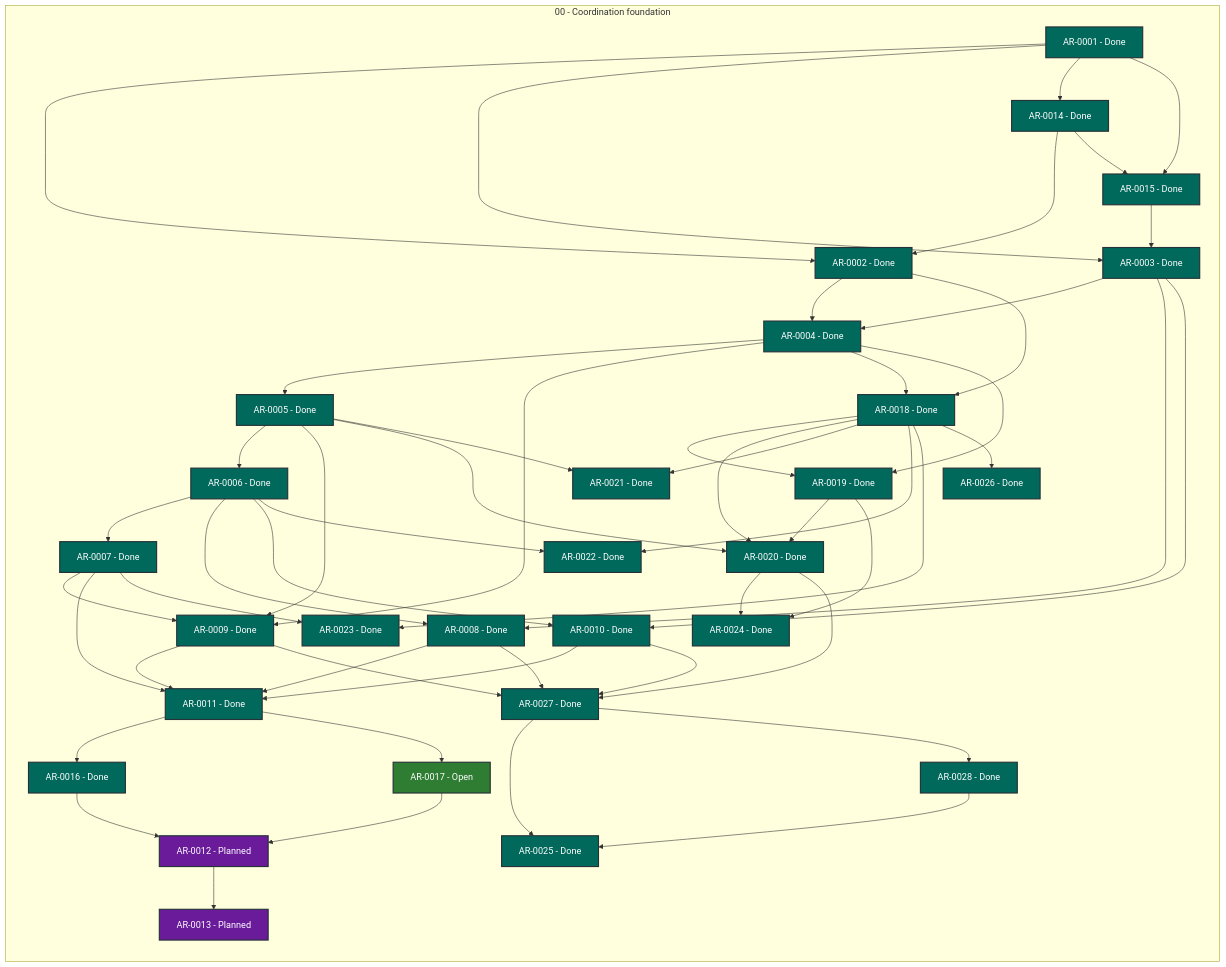
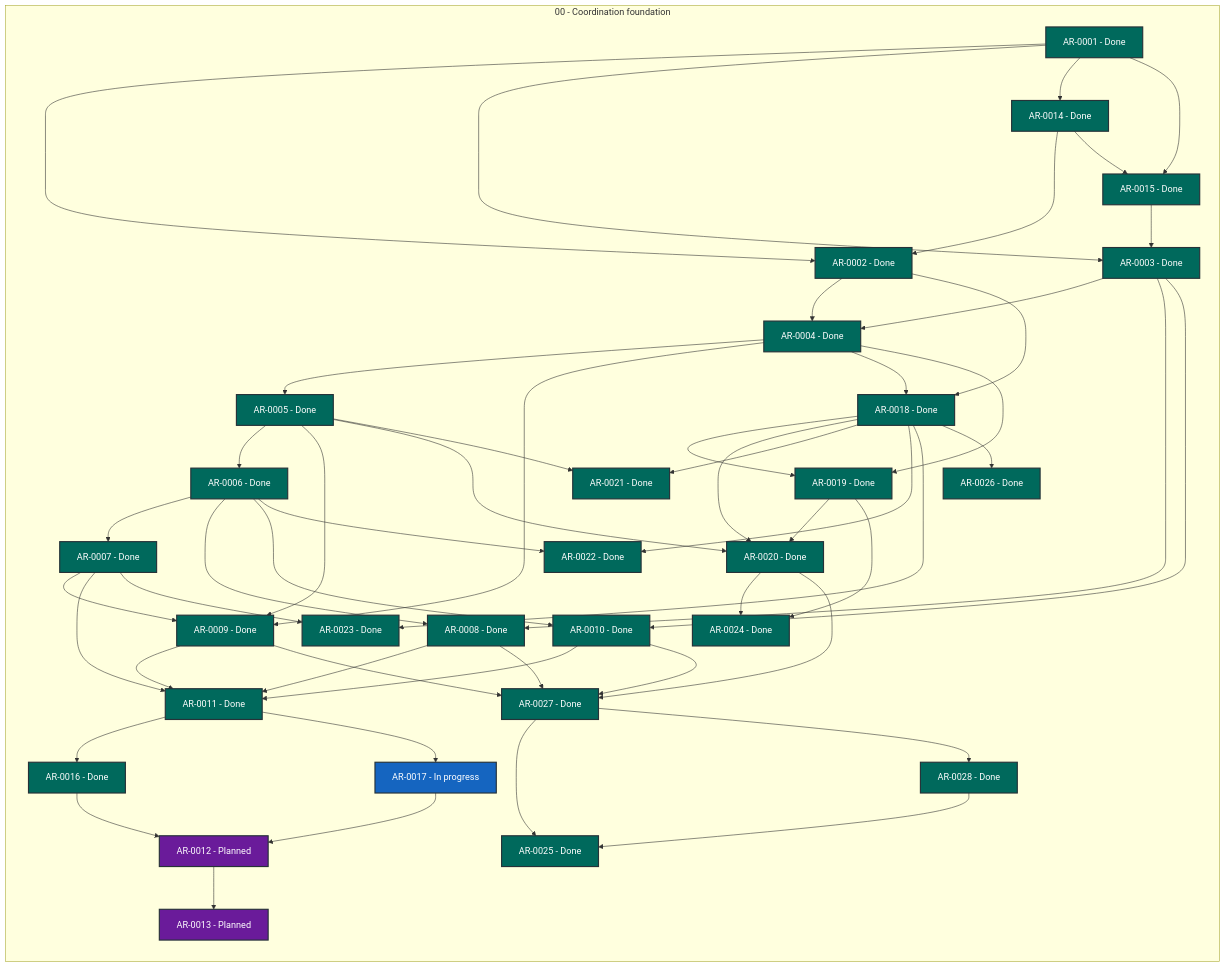
One commit to martin-beck/agent-workflow-tui-state changed the diagram in STATUS.md. Above: the diagram before and after it, drawn with Mermaid. The commit also changed other lines of this file and 2 other files, not shown here.

```diff
--- a/STATUS.md
+++ b/STATUS.md
@@ -44,7 +44,7 @@
         AR_0014["AR-0014 - Done"]:::status_done
         AR_0015["AR-0015 - Done"]:::status_done
         AR_0016["AR-0016 - Done"]:::status_done
-        AR_0017["AR-0017 - Open"]:::status_open
+        AR_0017["AR-0017 - In progress"]:::status_in_progress
         AR_0018["AR-0018 - Done"]:::status_done
         AR_0019["AR-0019 - Done"]:::status_done
         AR_0020["AR-0020 - Done"]:::status_done
```
